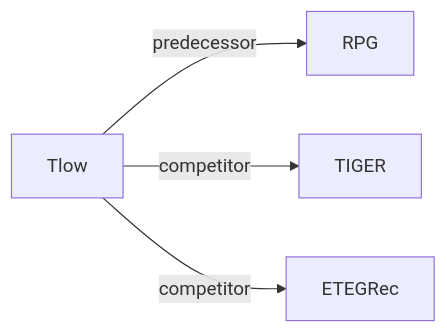
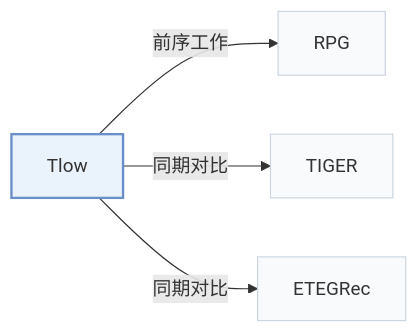
Before and after one commit to Galaxy-ghost/Awesome-SID-Generative-Rec: the second of 2 diagrams in pages/zh/papers/tlow.md, drawn with Mermaid. The commit also changed other lines of this file and 649 other files, not shown here.

Commit message:
writer-05: also tags and modality index (schema, check, build, visuals); summary field removed; calibration data for 12 papers

````diff
--- a/pages/zh/papers/tlow.md
+++ b/pages/zh/papers/tlow.md
@@ -68,7 +74,11 @@
 ```mermaid
 flowchart LR
     P["Tlow"]
-    P -->|predecessor| A["RPG"]
-    P -->|competitor| B["TIGER"]
-    P -->|competitor| C["ETEGRec"]
+    P -->|"前序工作"| A["RPG"]
+    P -->|"同期对比"| B["TIGER"]
+    P -->|"同期对比"| C["ETEGRec"]
+    classDef main fill:#eaf2fb,stroke:#6b8fc7,stroke-width:2px
+    classDef peer fill:#f8fafc,stroke:#cbd5e1
+    class P main
+    class A,B,C peer
 ```
````
